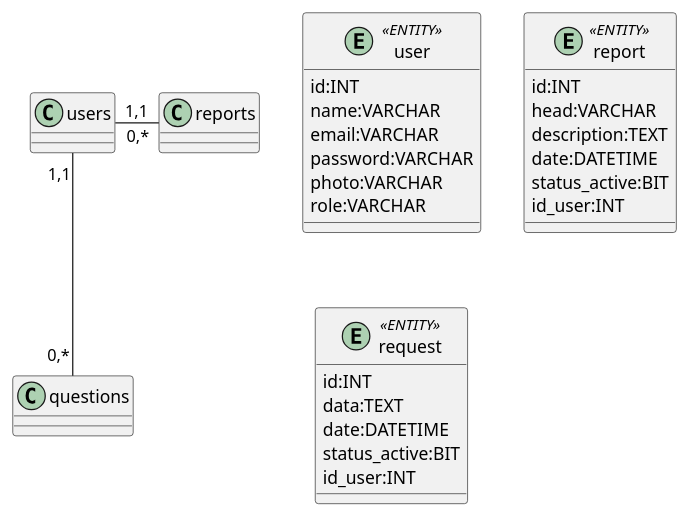
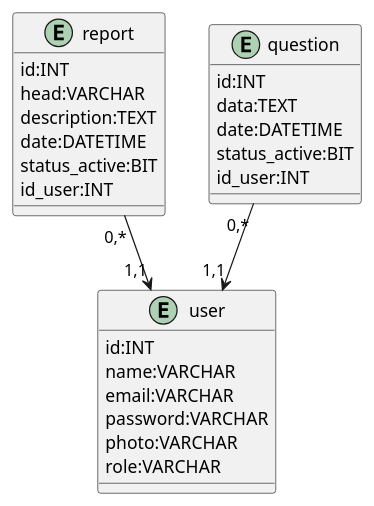
Before and after one commit to Pashhaa/media-content-analyze-system: the first of 2 diagrams in docs/design/README.md, drawn with PlantUML. The commit also changed other lines of this file, not shown here.

Commit message:
fix er-diagrams

```diff
--- a/docs/design/README.md
+++ b/docs/design/README.md
@@ -12,32 +12,32 @@
 @startuml
 
-entity user <<ENTITY>> {
+entity user {
 	id:INT
 	name:VARCHAR
 	email:VARCHAR
 	password:VARCHAR
 	photo:VARCHAR
 	role:VARCHAR
 }
 
-entity report <<ENTITY>> {
+entity report {
     id:INT
     head:VARCHAR
     description:TEXT
     date:DATETIME
     status_active:BIT
     id_user:INT
 }
 
-entity request <<ENTITY>> {
+entity question {
     id:INT
     data:TEXT
     date:DATETIME
     status_active:BIT
     id_user:INT
 }
 
-users "1,1" -- "0,*" questions
-users "1,1" - "0,*" reports
+question "0,*" --> "1,1" user
+report "0,*" --> "1,1" user
 
 @enduml
```
